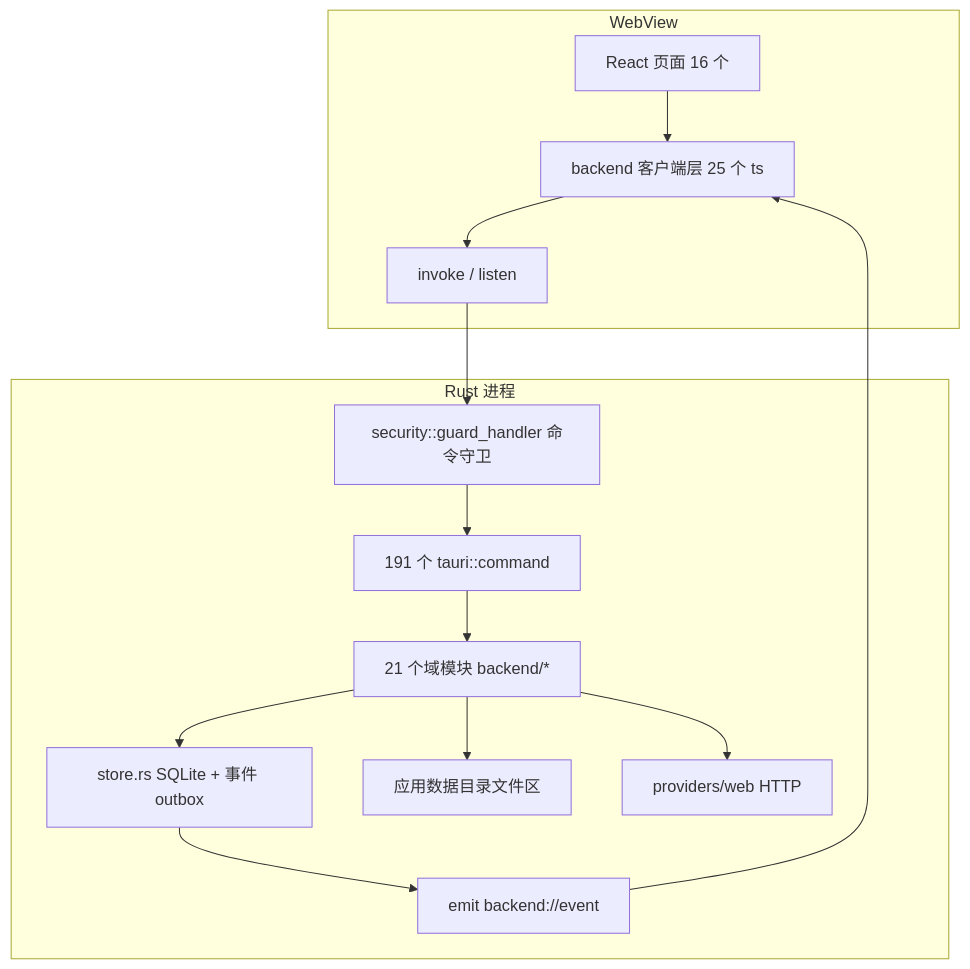
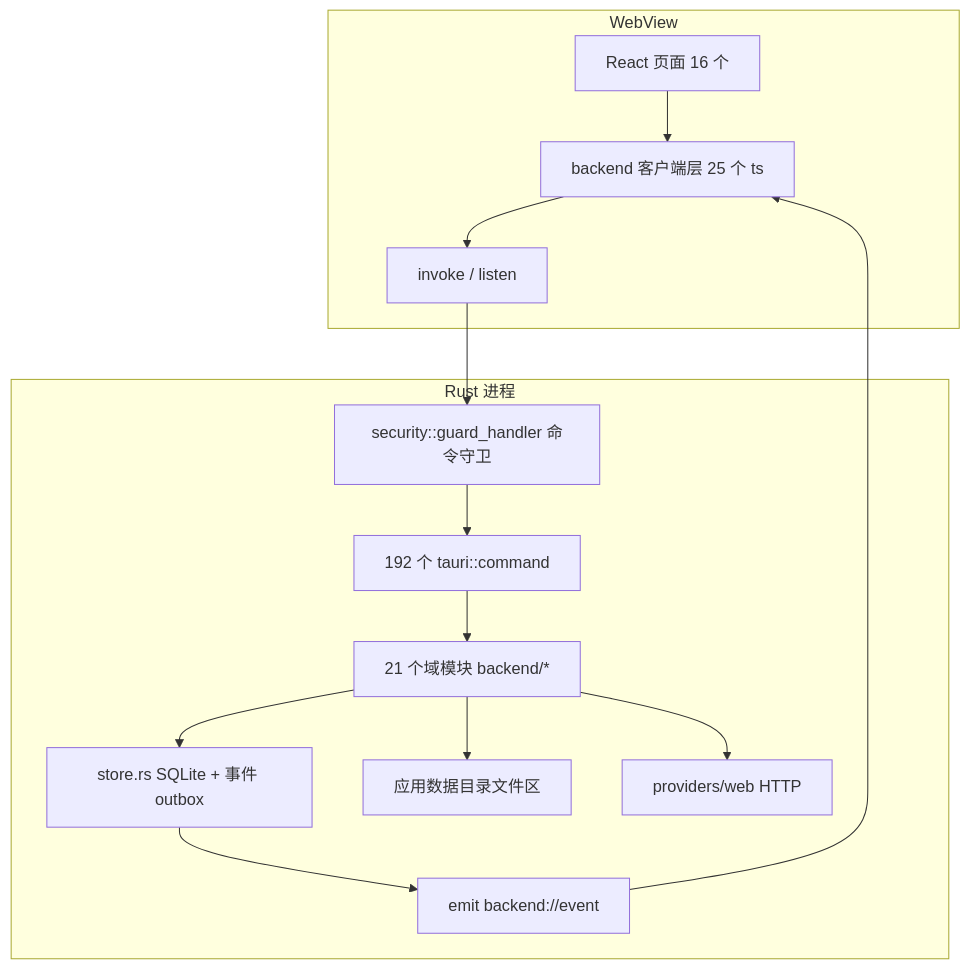
Before and after one commit to hershate/Deep-tutor: the first of 5 diagrams in docs/architecture/01-architecture.md, drawn with Mermaid. The commit also changed other lines of this file and 6 other files, not shown here.

````diff
--- a/docs/architecture/01-architecture.md
+++ b/docs/architecture/01-architecture.md
@@ -9,17 +9,17 @@
 ```mermaid
 graph TD
     subgraph WebView
         P[React 页面 16 个] --> CL[backend 客户端层 25 个 ts]
         CL --> IP[invoke / listen]
     end
     subgraph Rust 进程
         IP --> GH[security::guard_handler 命令守卫]
-        GH --> CMD[191 个 tauri::command]
+        GH --> CMD[192 个 tauri::command]
         CMD --> DOM[21 个域模块 backend/*]
         DOM --> ST[store.rs SQLite + 事件 outbox]
         DOM --> FS[应用数据目录文件区]
         DOM --> NET[providers/web HTTP]
         ST --> EMIT[emit backend://event]
     end
     EMIT --> CL
 ```
````
